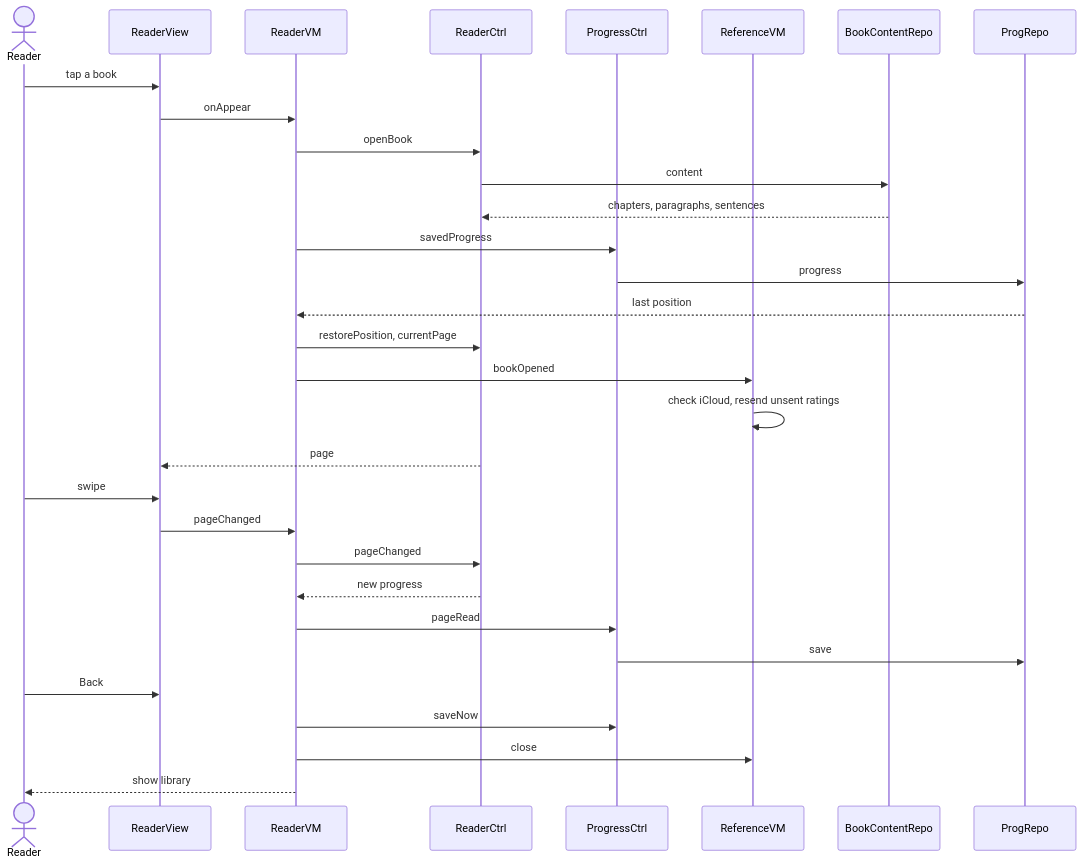
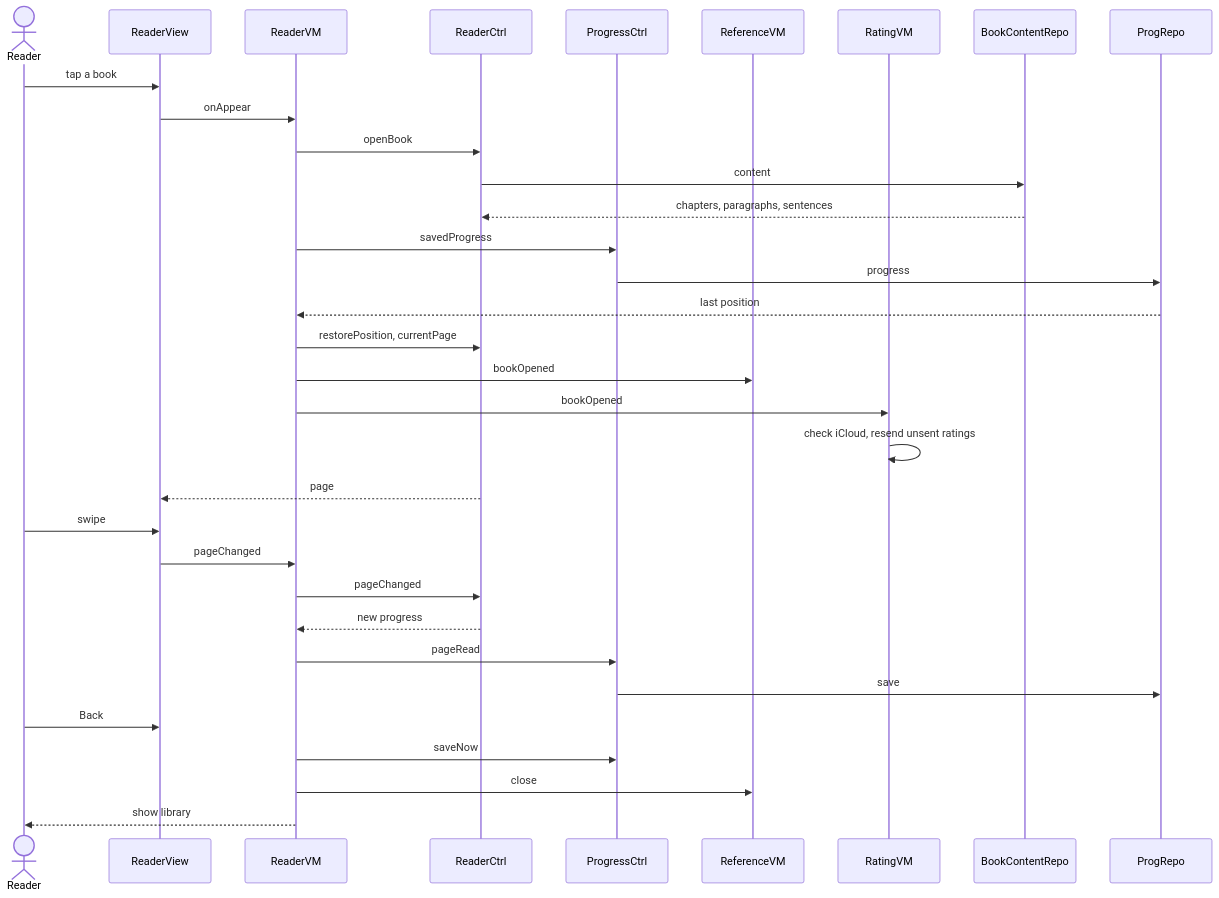
The diagram in docs/diagrams/09-sequence-read-a-book.mmd (AftrHours/iRead), drawn with Mermaid before and after one commit. The commit also changed 27 other files, not shown here.

Commit message:
refactor: [SN] split ratings into RatingCtrl/RatingVM and save SavedUnderline instead of engine types

```diff
--- a/docs/diagrams/09-sequence-read-a-book.mmd
+++ b/docs/diagrams/09-sequence-read-a-book.mmd
@@ -1,34 +1,36 @@
 sequenceDiagram
   actor Reader
   participant ReaderView
   participant ReaderVM
   participant ReaderCtrl
   participant ProgressCtrl
   participant ReferenceVM
+  participant RatingVM
   participant BookContentRepo
   participant ProgRepo
 
   Reader->>ReaderView: tap a book
   ReaderView->>ReaderVM: onAppear
   ReaderVM->>ReaderCtrl: openBook
   ReaderCtrl->>BookContentRepo: content
   BookContentRepo-->>ReaderCtrl: chapters, paragraphs, sentences
   ReaderVM->>ProgressCtrl: savedProgress
   ProgressCtrl->>ProgRepo: progress
   ProgRepo-->>ReaderVM: last position
   ReaderVM->>ReaderCtrl: restorePosition, currentPage
   ReaderVM->>ReferenceVM: bookOpened
-  ReferenceVM->>ReferenceVM: check iCloud, resend unsent ratings
+  ReaderVM->>RatingVM: bookOpened
+  RatingVM->>RatingVM: check iCloud, resend unsent ratings
   ReaderCtrl-->>ReaderView: page
 
   Reader->>ReaderView: swipe
   ReaderView->>ReaderVM: pageChanged
   ReaderVM->>ReaderCtrl: pageChanged
   ReaderCtrl-->>ReaderVM: new progress
   ReaderVM->>ProgressCtrl: pageRead
   ProgressCtrl->>ProgRepo: save
 
   Reader->>ReaderView: Back
   ReaderVM->>ProgressCtrl: saveNow
   ReaderVM->>ReferenceVM: close
   ReaderVM-->>Reader: show library
```
